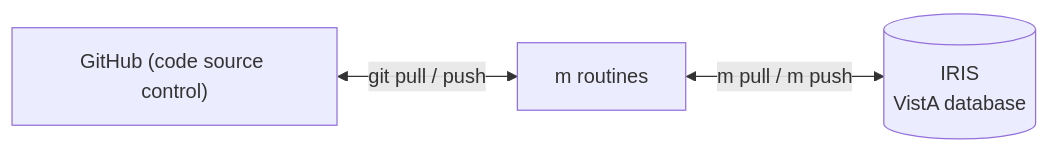
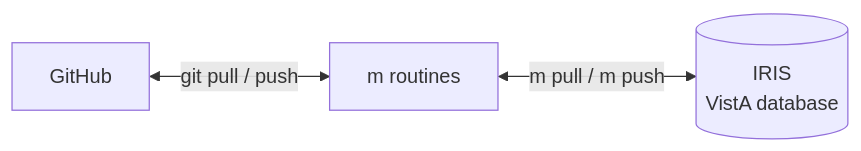
The first of 7 diagrams in profile/README.md (vista-cloud-dev/.github), drawn with Mermaid before and after one commit. The commit also changed other lines of this file, not shown here.

Commit message:
docs: simplify both version-control GitHub nodes to just 'GitHub'

````diff
--- a/profile/README.md
+++ b/profile/README.md
@@ -98,8 +98,8 @@
 ```mermaid
 flowchart LR
-    gh["GitHub (code source control)"]
+    gh["GitHub"]
     fs["m routines"]
     iris[("IRIS<br/>VistA database")]
     gh <-->|git pull / push| fs
     fs <-->|m pull / m push| iris
 ```
````
